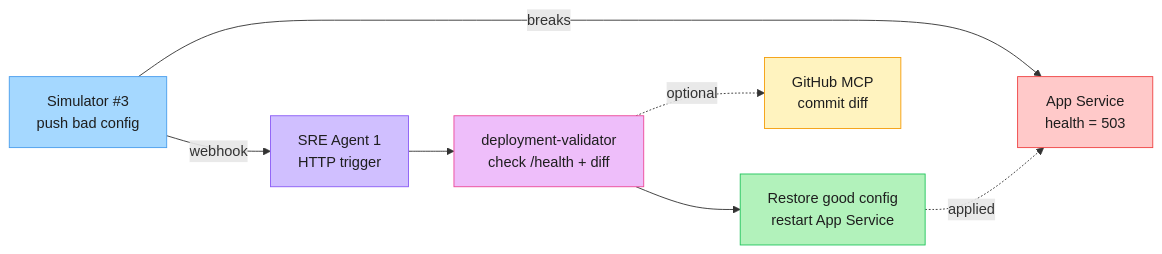
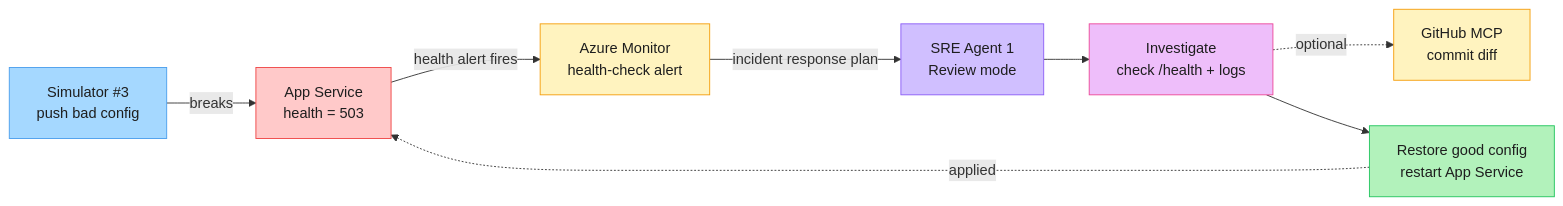
Before and after one commit to lenvolk/AzureFriday-SREAgent: the third of 3 diagrams in README.md, drawn with Mermaid. The commit also changed other lines of this file and 4 other files, not shown here.

Commit message:
Update scenario 3 SRE trigger setup

````diff
--- a/README.md
+++ b/README.md
@@ -437,15 +444,16 @@
 ```mermaid
 flowchart LR
     SIM[Simulator #3<br/>push bad config]:::input -->|breaks| APP[App Service<br/>health = 503]:::bad
-    SIM -->|webhook| SRE[SRE Agent 1<br/>HTTP trigger]:::agent
-    SRE --> VAL[deployment-validator<br/>check /health + diff]:::skill
+   APP -->|health alert fires| MON[Azure Monitor<br/>health-check alert]:::warn
+   MON -->|incident response plan| SRE[SRE Agent 1<br/>Review mode]:::agent
+   SRE --> VAL[Investigate<br/>check /health + logs]:::skill
     VAL -.optional.-> GH[GitHub MCP<br/>commit diff]:::warn
     VAL --> FIX[Restore good config<br/>restart App Service]:::fix
     FIX -.applied.-> APP
     classDef input fill:#a5d8ff,stroke:#4a9eed,color:#1e1e1e
     classDef bad fill:#ffc9c9,stroke:#ef4444,color:#1e1e1e
     classDef warn fill:#fff3bf,stroke:#f59e0b,color:#1e1e1e
     classDef agent fill:#d0bfff,stroke:#8b5cf6,color:#1e1e1e
     classDef skill fill:#eebefa,stroke:#ec4899,color:#1e1e1e
     classDef fix fill:#b2f2bb,stroke:#22c55e,color:#1e1e1e
 ```
````
